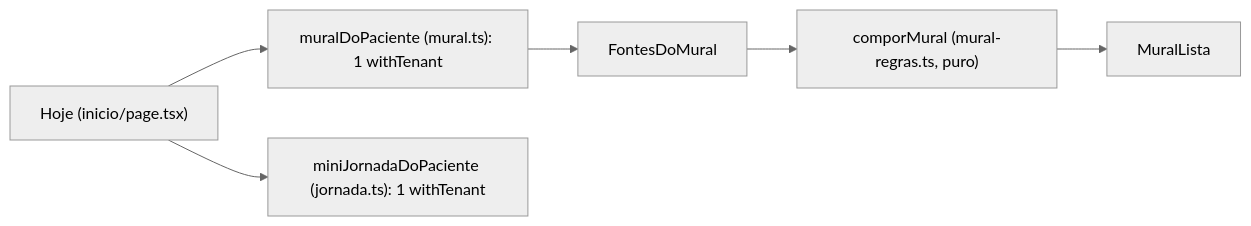
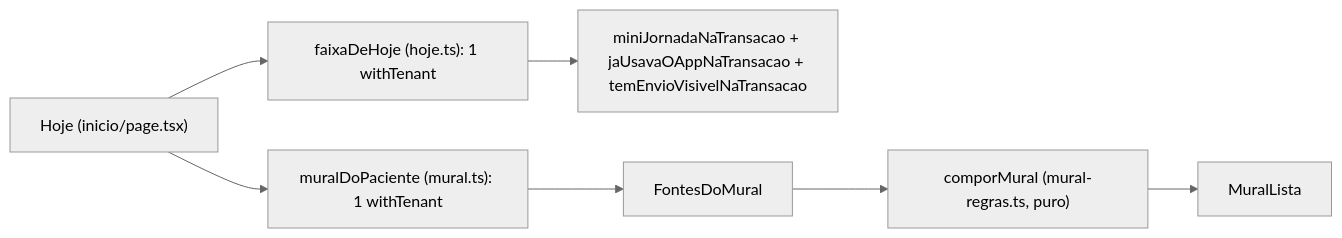
One commit to fabianojp06/nutridebby changed the ninth of 9 diagrams in docs/manual-tecnico/05-agenda-portal-conteudo.md. Above: the diagram before and after it, drawn with Mermaid (neutral theme). The commit also changed other lines of this file and 8 other files, not shown here.

````diff
--- a/docs/manual-tecnico/05-agenda-portal-conteudo.md
+++ b/docs/manual-tecnico/05-agenda-portal-conteudo.md
@@ -947,6 +956,7 @@
 ```mermaid
 flowchart LR
   H["Hoje (inicio/page.tsx)"] --> M["muralDoPaciente (mural.ts): 1 withTenant"]
-  H --> MJ["miniJornadaDoPaciente (jornada.ts): 1 withTenant"]
+  H --> FH["faixaDeHoje (hoje.ts): 1 withTenant"]
+  FH --> MJ["miniJornadaNaTransacao + jaUsavaOAppNaTransacao + temEnvioVisivelNaTransacao"]
   M --> F["FontesDoMural"] --> C["comporMural (mural-regras.ts, puro)"] --> L["MuralLista"]
 ```
````
